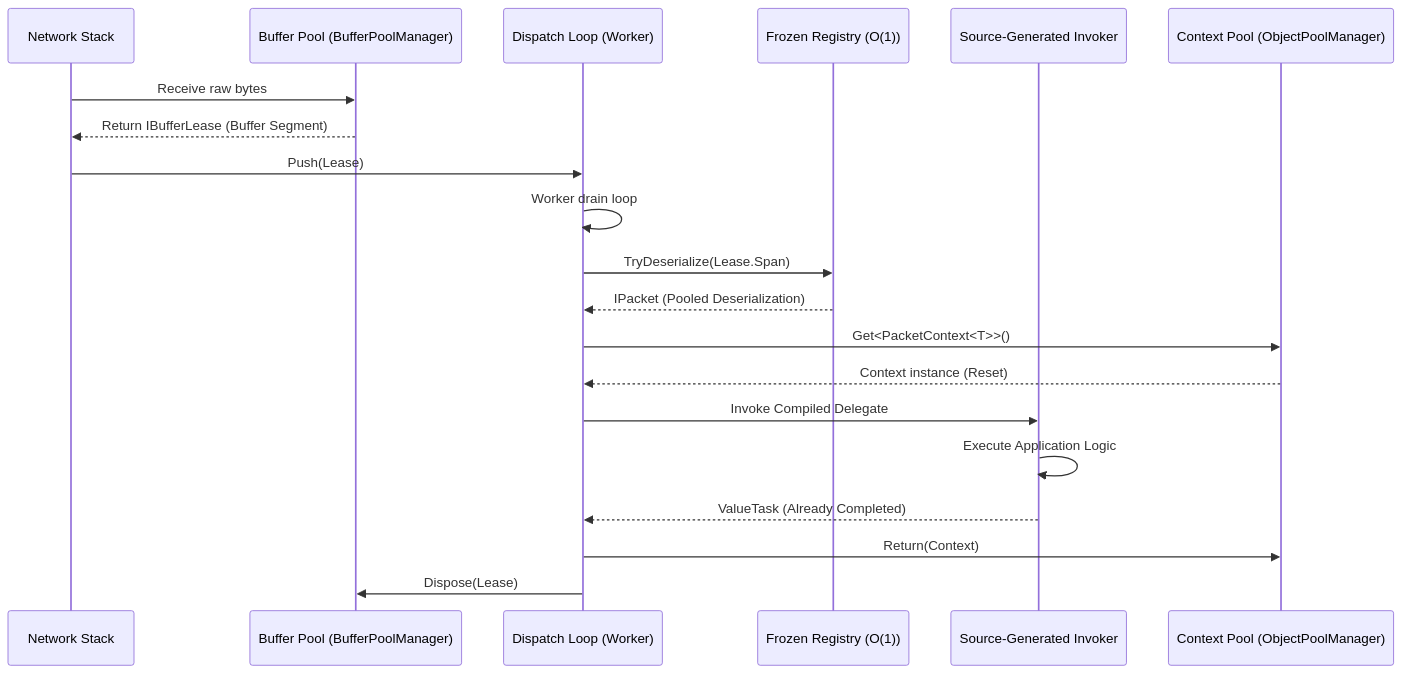
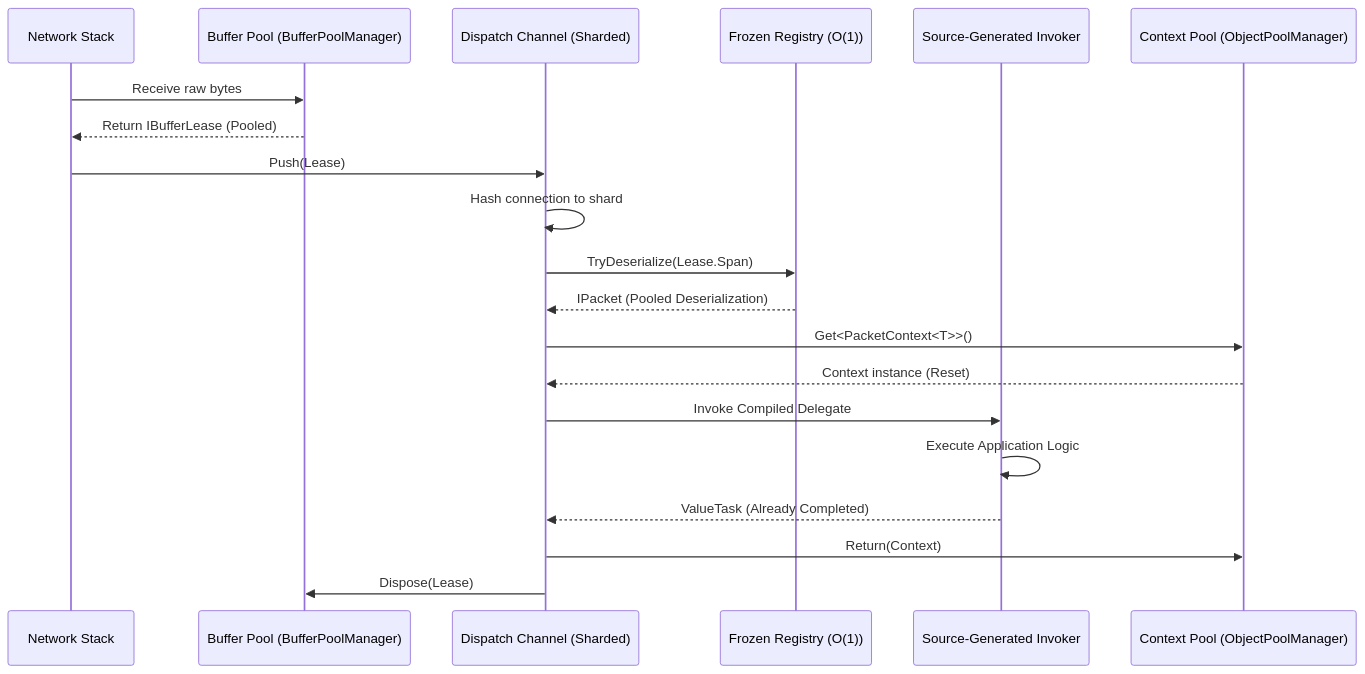
One commit to ppn-systems/Nalix changed the diagram in docs/concepts/internals/zero-allocation.md. Above: the diagram before and after it, drawn with Mermaid. The commit also changed other lines of this file and 185 other files, not shown here.

````diff
--- a/docs/concepts/internals/zero-allocation.md
+++ b/docs/concepts/internals/zero-allocation.md
@@ -17,23 +10,23 @@
 ```mermaid
 sequenceDiagram
     participant OS as Network Stack
     participant LP as Buffer Pool (BufferPoolManager)
-    participant DC as Dispatch Loop (Worker)
+    participant DC as Dispatch Channel (Sharded)
     participant FR as Frozen Registry (O(1))
     participant CH as Source-Generated Invoker
     participant CP as Context Pool (ObjectPoolManager)
 
     OS->>LP: Receive raw bytes
-    LP-->>OS: Return IBufferLease (Buffer Segment)
+    LP-->>OS: Return IBufferLease (Pooled)
     OS->>DC: Push(Lease)
-    DC->>DC: Worker drain loop
+    DC->>DC: Hash connection to shard
     DC->>FR: TryDeserialize(Lease.Span)
     FR-->>DC: IPacket (Pooled Deserialization)
     DC->>CP: Get<PacketContext<T>>()
     CP-->>DC: Context instance (Reset)
     DC->>CH: Invoke Compiled Delegate
     CH->>CH: Execute Application Logic
     CH-->>DC: ValueTask (Already Completed)
     DC->>CP: Return(Context)
     DC->>LP: Dispose(Lease)
 ```
````
